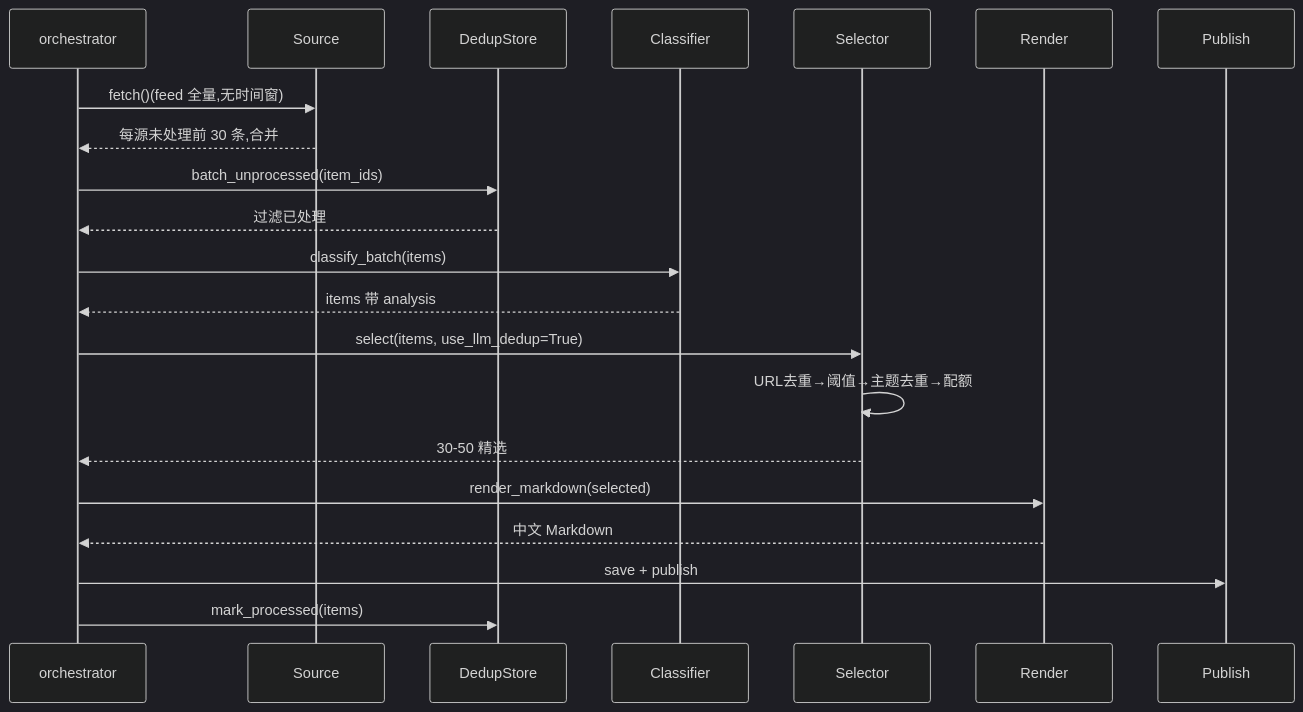
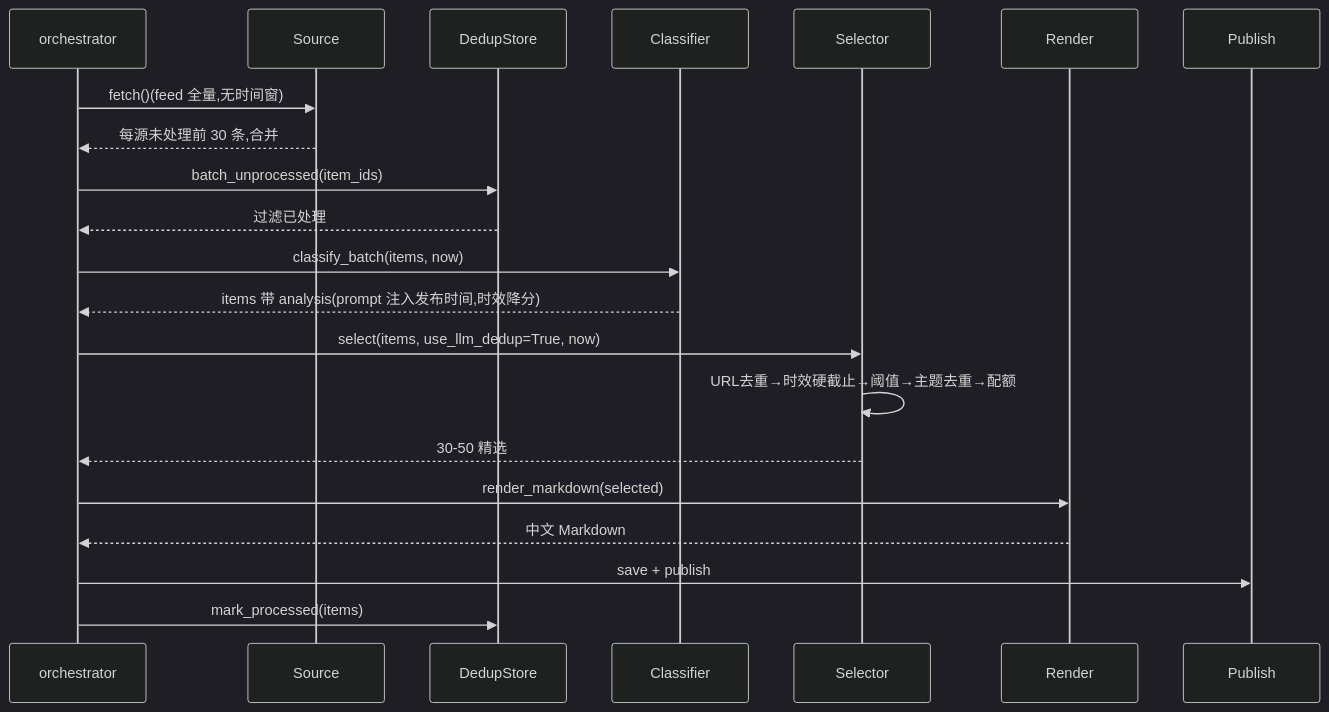
The second of 2 diagrams in docs/TECH.md (int2t05/rss-reader), drawn with Mermaid (dark theme) before and after one commit. The commit also changed other lines of this file and 13 other files, not shown here.

````diff
--- a/docs/TECH.md
+++ b/docs/TECH.md
@@ -168,24 +170,24 @@
 ```mermaid
 sequenceDiagram
     participant M as orchestrator
     participant S as Source
     participant D as DedupStore
     participant T1 as Classifier
     participant T2 as Selector
     participant R as Render
     participant P as Publish
 
     M->>S: fetch()(feed 全量,无时间窗)
     S-->>M: 每源未处理前 30 条,合并
     M->>D: batch_unprocessed(item_ids)
     D-->>M: 过滤已处理
-    M->>T1: classify_batch(items)
-    T1-->>M: items 带 analysis
-    M->>T2: select(items, use_llm_dedup=True)
-    T2->>T2: URL去重→阈值→主题去重→配额
+    M->>T1: classify_batch(items, now)
+    T1-->>M: items 带 analysis(prompt 注入发布时间,时效降分)
+    M->>T2: select(items, use_llm_dedup=True, now)
+    T2->>T2: URL去重→时效硬截止→阈值→主题去重→配额
     T2-->>M: 30-50 精选
     M->>R: render_markdown(selected)
     R-->>M: 中文 Markdown
     M->>P: save + publish
     M->>D: mark_processed(items)
 ```
````
